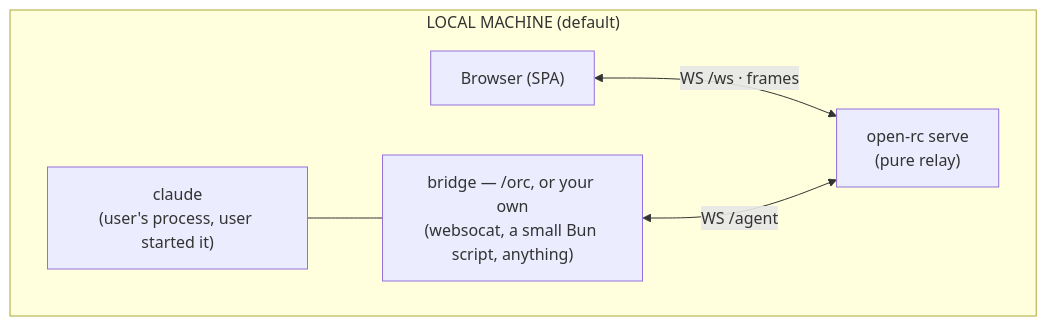
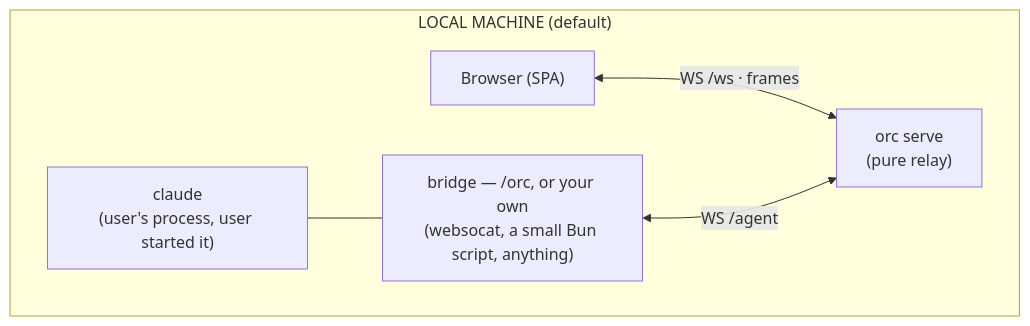
One commit to Cohey0727/OpenRemoteControl changed the second of 3 diagrams in README.md. Above: the diagram before and after it, drawn with Mermaid. The commit also changed other lines of this file and 26 other files, not shown here.

````diff
--- a/README.md
+++ b/README.md
@@ -373,8 +373,8 @@
 ```mermaid
 flowchart TB
     subgraph local["LOCAL MACHINE (default)"]
-        browser["Browser (SPA)"] <-- "WS /ws · frames" --> serve["open-rc serve<br/>(pure relay)"]
+        browser["Browser (SPA)"] <-- "WS /ws · frames" --> serve["orc serve<br/>(pure relay)"]
         bridge["bridge — /orc, or your own<br/>(websocat, a small Bun script, anything)"] <-- "WS /agent" --> serve
         claude["claude<br/>(user's process, user started it)"] --- bridge
     end
 ```
````
